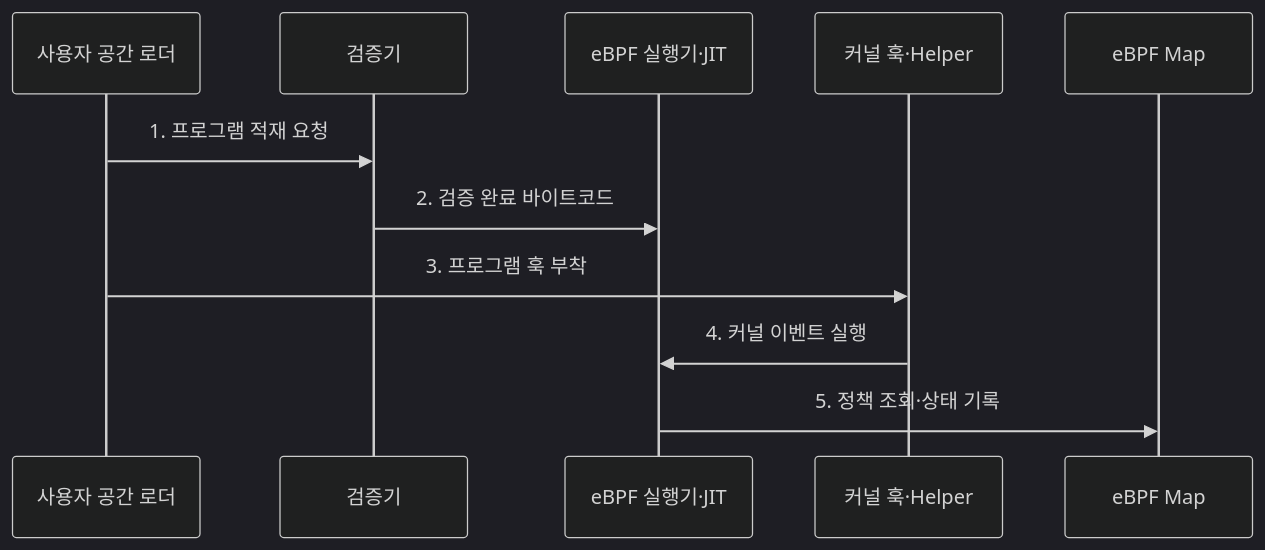
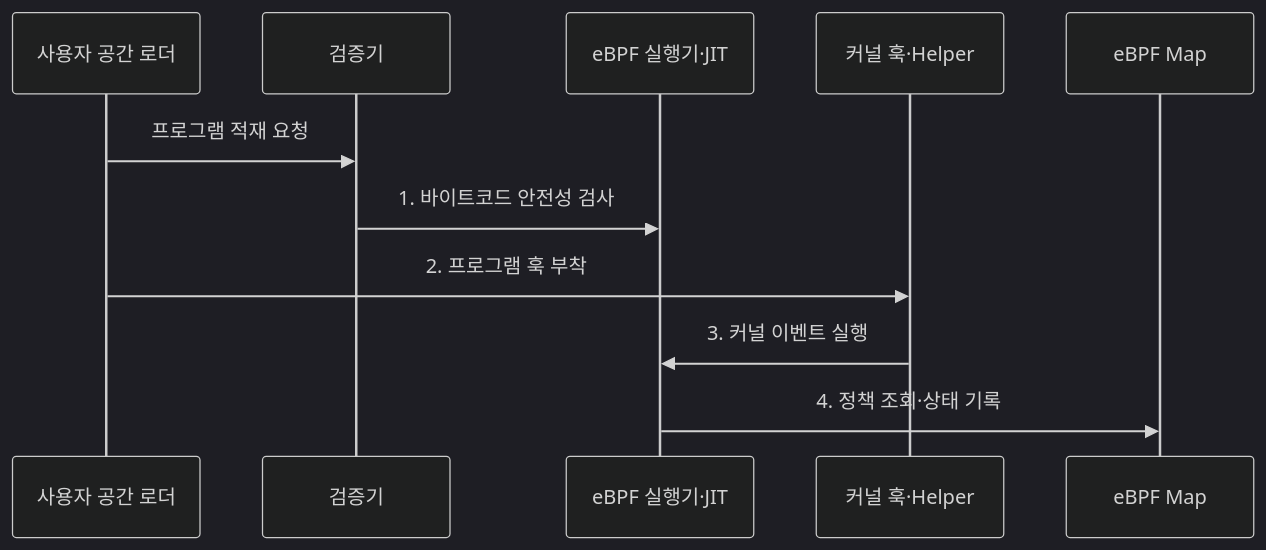
Before and after one commit to agnusdei1207/knowledge-base: the second of 2 diagrams in src/content/docs/notes/08-latest-tech/165_ebpf.md, drawn with Mermaid (dark theme). The commit also changed other lines of this file and 225 other files, not shown here.

````diff
--- a/src/content/docs/notes/08-latest-tech/165_ebpf.md
+++ b/src/content/docs/notes/08-latest-tech/165_ebpf.md
@@ -76,13 +76,13 @@
 ```mermaid
 sequenceDiagram
   participant L as 사용자 공간 로더
   participant V as 검증기
   participant R as eBPF 실행기·JIT
   participant H as 커널 훅·Helper
   participant M as eBPF Map
-  L->>V: 1. 프로그램 적재 요청
-  V->>R: 2. 검증 완료 바이트코드
-  L->>H: 3. 프로그램 훅 부착
-  H->>R: 4. 커널 이벤트 실행
-  R->>M: 5. 정책 조회·상태 기록
+  L->>V: 프로그램 적재 요청
+  V->>R: 1. 바이트코드 안전성 검사
+  L->>H: 2. 프로그램 훅 부착
+  H->>R: 3. 커널 이벤트 실행
+  R->>M: 4. 정책 조회·상태 기록
 ```
````
